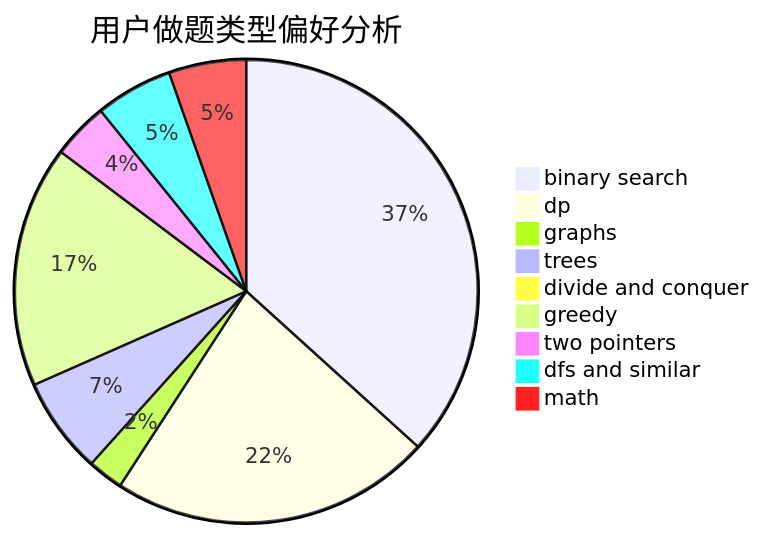
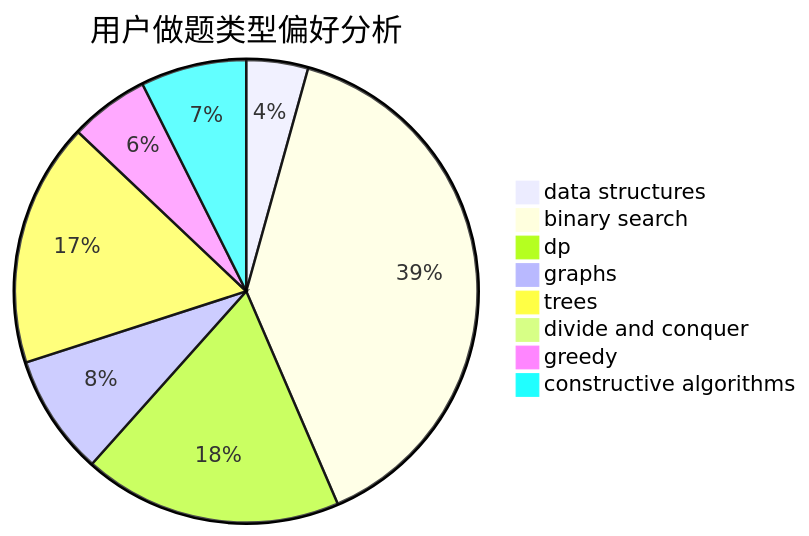
One commit to sherpahu/cfrs.github.io changed the second of 3 diagrams in docs/user/u2046.md. Above: the diagram before and after it, drawn with Mermaid. The commit also changed other lines of this file and 2775 other files, not shown here.

````diff
--- a/docs/user/u2046.md
+++ b/docs/user/u2046.md
@@ -23,12 +23,11 @@
 ```mermaid
 pie title 用户做题类型偏好分析
-    "binary search" :  605
-    "dp" :  370
+    "data structures" :  21
+    "binary search" :  191
+    "dp" :  88
     "graphs" :  41
-    "trees" :  111
+    "trees" :  83
     "divide and conquer" :  0
-    "greedy" :  278
-    "two pointers" :  65
-    "dfs and similar" :  89
-    "math" :  89
+    "greedy" :  27
+    "constructive algorithms" :  36
 ```
````
